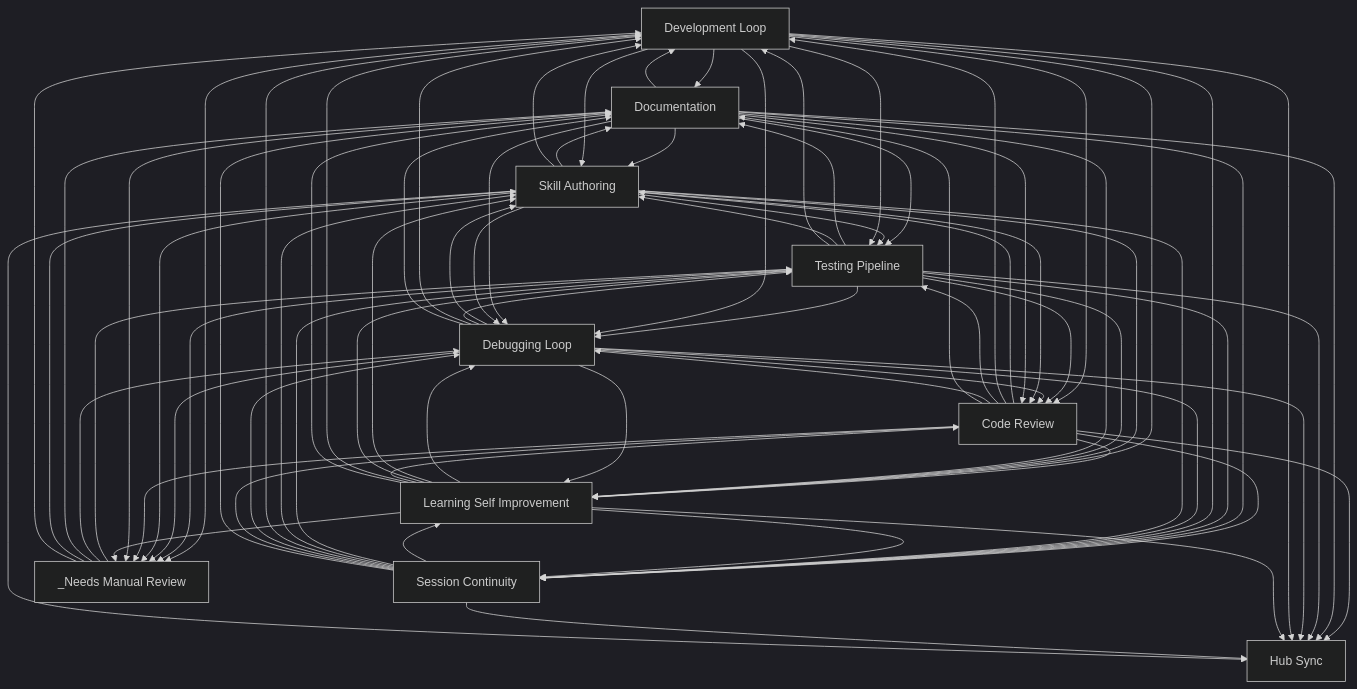
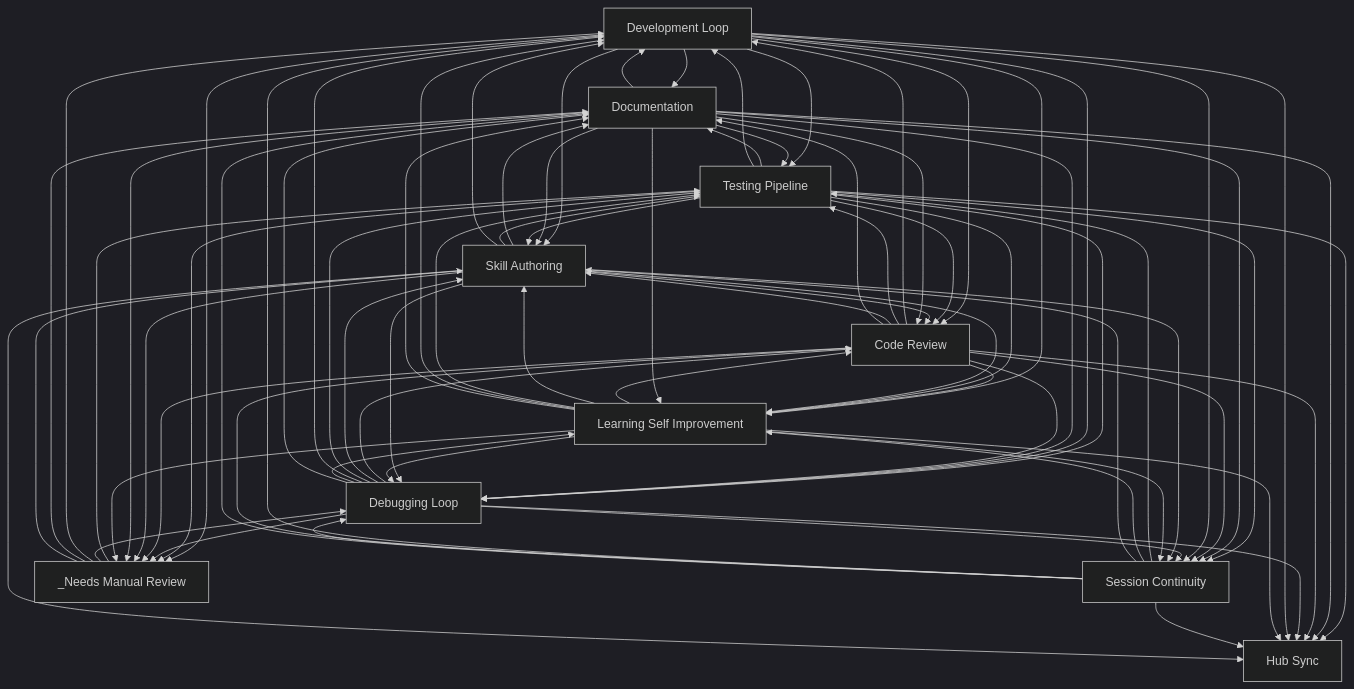
One commit to abhayla/claude-best-practices changed the diagram in docs/workflows/INDEX.md. Above: the diagram before and after it, drawn with Mermaid (dark theme). The commit also changed other lines of this file and 12 other files, not shown here.

````diff
--- a/docs/workflows/INDEX.md
+++ b/docs/workflows/INDEX.md
@@ -31,80 +31,80 @@
     documentation[Documentation]
     hub_sync[Hub Sync]
     _needs_manual_review[_Needs Manual Review]
-    skill_authoring --> documentation
     development_loop --> documentation
     testing_pipeline --> documentation
+    skill_authoring --> documentation
+    development_loop --> testing_pipeline
+    development_loop --> skill_authoring
+    documentation --> testing_pipeline
     documentation --> skill_authoring
-    documentation --> testing_pipeline
+    testing_pipeline --> skill_authoring
     skill_authoring --> testing_pipeline
-    development_loop --> skill_authoring
-    development_loop --> testing_pipeline
-    testing_pipeline --> skill_authoring
-    code_review --> skill_authoring
+    development_loop --> code_review
     code_review --> development_loop
     code_review --> testing_pipeline
-    development_loop --> code_review
+    code_review --> skill_authoring
+    development_loop --> learning_self_improvement
     code_review --> learning_self_improvement
-    development_loop --> learning_self_improvement
     testing_pipeline --> debugging_loop
     testing_pipeline --> code_review
     testing_pipeline --> development_loop
+    debugging_loop --> code_review
     debugging_loop --> skill_authoring
     debugging_loop --> testing_pipeline
-    debugging_loop --> code_review
     debugging_loop --> development_loop
     development_loop --> debugging_loop
     documentation --> development_loop
+    skill_authoring --> development_loop
     skill_authoring --> code_review
-    skill_authoring --> development_loop
+    testing_pipeline --> learning_self_improvement
     skill_authoring --> learning_self_improvement
-    testing_pipeline --> learning_self_improvement
     development_loop --> _needs_manual_review
     testing_pipeline --> _needs_manual_review
-    code_review --> debugging_loop
     documentation --> debugging_loop
     documentation --> code_review
-    code_review --> hub_sync
+    code_review --> debugging_loop
+    testing_pipeline --> session_continuity
+    testing_pipeline --> hub_sync
+    documentation --> learning_self_improvement
+    documentation --> session_continuity
+    documentation --> hub_sync
     code_review --> session_continuity
     code_review --> documentation
-    documentation --> learning_self_improvement
-    documentation --> hub_sync
-    documentation --> session_continuity
-    testing_pipeline --> hub_sync
-    testing_pipeline --> session_continuity
+    code_review --> hub_sync
+    development_loop --> session_continuity
+    session_continuity --> testing_pipeline
     session_continuity --> learning_self_improvement
-    session_continuity --> testing_pipeline
-    development_loop --> session_continuity
     _needs_manual_review --> testing_pipeline
     debugging_loop --> learning_self_improvement
     debugging_loop --> session_continuity
+    debugging_loop --> documentation
     debugging_loop --> hub_sync
-    debugging_loop --> documentation
     development_loop --> hub_sync
     skill_authoring --> session_continuity
     skill_authoring --> debugging_loop
     _needs_manual_review --> debugging_loop
     learning_self_improvement --> debugging_loop
+    learning_self_improvement --> code_review
     learning_self_improvement --> skill_authoring
     learning_self_improvement --> testing_pipeline
-    learning_self_improvement --> code_review
     learning_self_improvement --> development_loop
     debugging_loop --> _needs_manual_review
+    code_review --> _needs_manual_review
     skill_authoring --> _needs_manual_review
-    code_review --> _needs_manual_review
+    _needs_manual_review --> development_loop
     _needs_manual_review --> documentation
     _needs_manual_review --> skill_authoring
-    _needs_manual_review --> development_loop
     learning_self_improvement --> session_continuity
     documentation --> _needs_manual_review
     session_continuity --> skill_authoring
+    learning_self_improvement --> documentation
     learning_self_improvement --> hub_sync
-    learning_self_improvement --> documentation
     session_continuity --> development_loop
     session_continuity --> debugging_loop
-    session_continuity --> hub_sync
     session_continuity --> code_review
     session_continuity --> documentation
+    session_continuity --> hub_sync
     skill_authoring --> hub_sync
     learning_self_improvement --> _needs_manual_review
 ```
````
